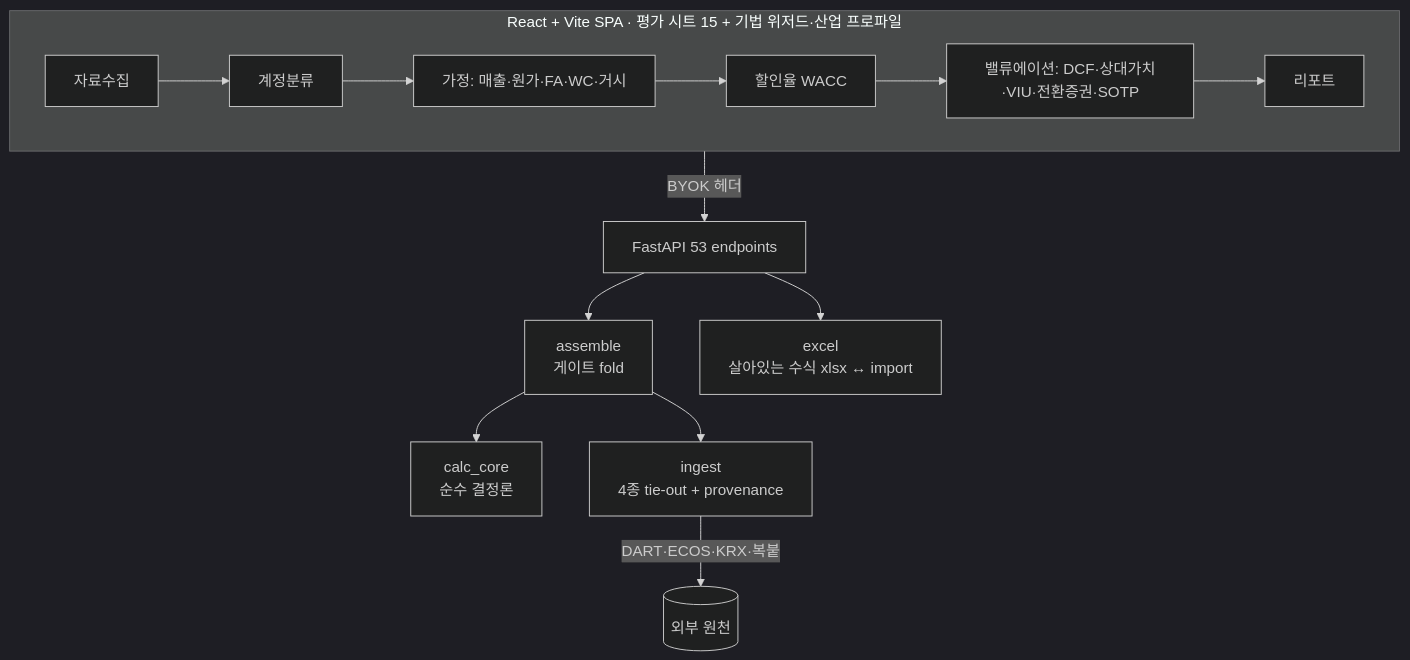
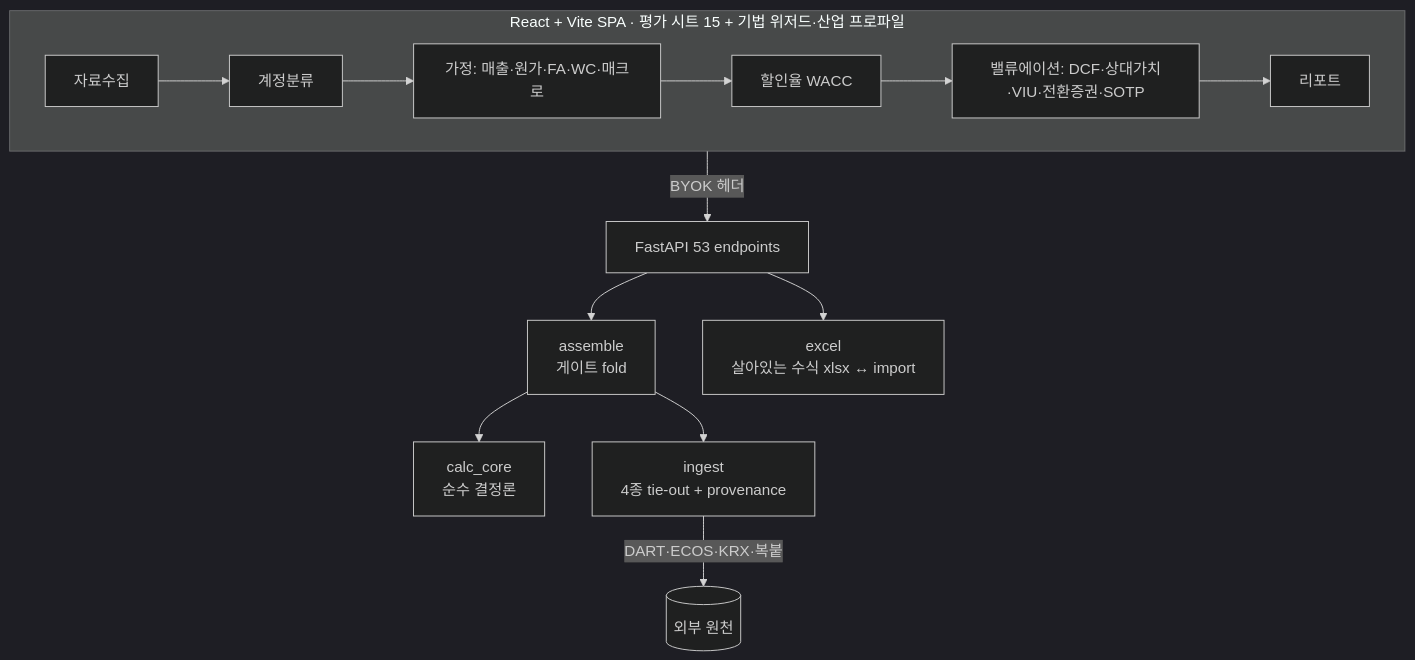
The second of 3 diagrams in README.md (gfdsstyu/val-studio), drawn with Mermaid (dark theme) before and after one commit. The commit also changed other lines of this file, not shown here.

````diff
--- a/README.md
+++ b/README.md
@@ -126,13 +126,13 @@
 ```mermaid
 flowchart TB
   subgraph FE[React + Vite SPA · 평가 시트 15 + 기법 위저드·산업 프로파일]
-    M[자료수집] --> MAP[계정분류] --> A[가정: 매출·원가·FA·WC·거시]
+    M[자료수집] --> MAP[계정분류] --> A[가정: 매출·원가·FA·WC·매크로]
     A --> D[할인율 WACC] --> V[밸류에이션: DCF·상대가치·VIU·전환증권·SOTP] --> R[리포트]
   end
   FE -->|BYOK 헤더| API[FastAPI 53 endpoints]
   API --> ASM[assemble<br/>게이트 fold]
   ASM --> CC[calc_core<br/>순수 결정론]
   ASM --> ING[ingest<br/>4종 tie-out + provenance]
   ING -->|DART·ECOS·KRX·복붙| EXT[(외부 원천)]
   API --> XL[excel<br/>살아있는 수식 xlsx ↔ import]
 ```
````
